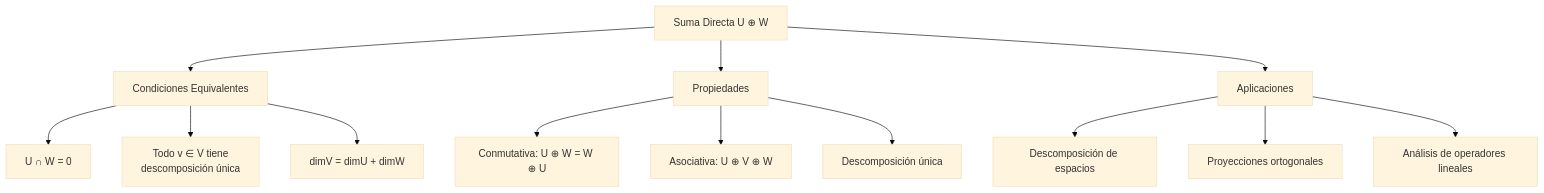
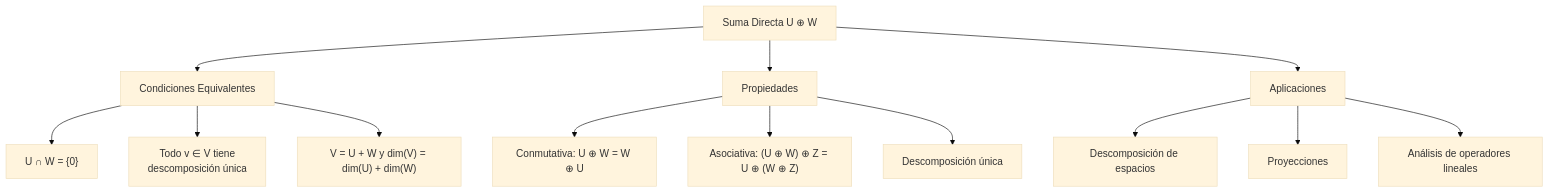
The first of 2 diagrams in public/documents/semester-3/1/3116.md (djaimej/computer-science-template), drawn with Mermaid (base theme) before and after one commit. The commit also changed other lines of this file and 34 other files, not shown here.

````diff
--- a/public/documents/semester-3/1/3116.md
+++ b/public/documents/semester-3/1/3116.md
@@ -38,22 +40,22 @@
 ```mermaid
 flowchart TD
     A[Suma Directa U ⊕ W] --> B[Condiciones Equivalentes]
     A --> C[Propiedades]
     A --> D[Aplicaciones]
 
-    B --> E[U ∩ W = 0]
+    B --> E["U ∩ W = {0}"]
     B --> F[Todo v ∈ V tiene<br>descomposición única]
-    B --> G[dimV = dimU + dimW]
+    B --> G["V = U + W y dim(V) = dim(U) + dim(W)"]
 
     C --> H[Conmutativa: U ⊕ W = W ⊕ U]
-    C --> I[Asociativa: U ⊕ V ⊕ W]
+    C --> I["Asociativa: (U ⊕ W) ⊕ Z = U ⊕ (W ⊕ Z)"]
     C --> J[Descomposición única]
 
     D --> K[Descomposición de espacios]
-    D --> L[Proyecciones ortogonales]
+    D --> L[Proyecciones]
     D --> M[Análisis de operadores lineales]
 
     E:::red
     F:::orange
     G:::dandelion
 ```
````
